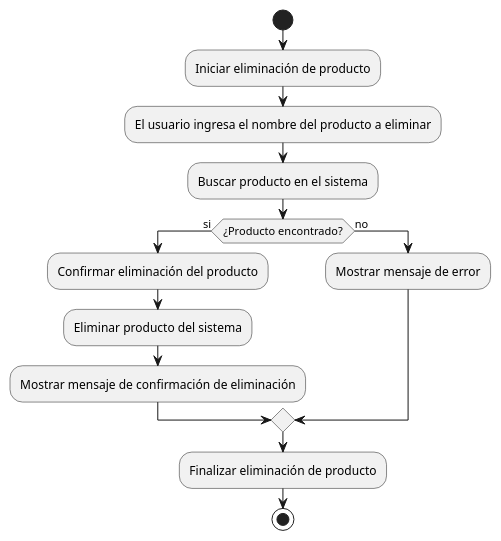
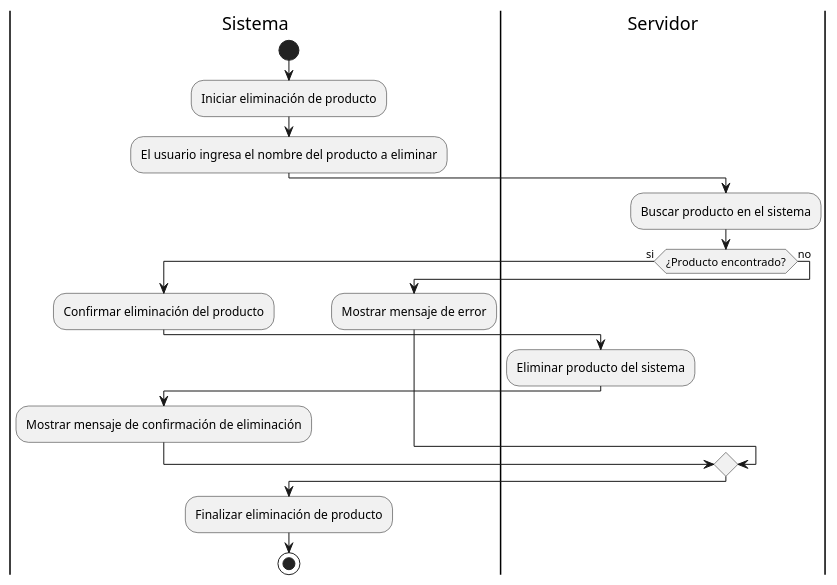
Before and after one commit to PabloCoti/apuntes_url: the diagram in Análisis y Diseño/Proyectos/Proyecto final/Diagramas/Casos de uso/Eliminar producto.wsd, drawn with PlantUML. The commit also changed 19 other files, not shown here.

```diff
--- a/Análisis y Diseño/Proyectos/Proyecto final/Diagramas/Casos de uso/Eliminar producto.wsd
+++ b/Análisis y Diseño/Proyectos/Proyecto final/Diagramas/Casos de uso/Eliminar producto.wsd
@@ -1,17 +1,22 @@
 @startuml Eliminar producto
 
+|Sistema|
 start
 :Iniciar eliminación de producto;
 :El usuario ingresa el nombre del producto a eliminar;
+|Servidor|
 :Buscar producto en el sistema;
 if (¿Producto encontrado?) then (si)
+    |Sistema|
     :Confirmar eliminación del producto;
+    |Servidor|
     :Eliminar producto del sistema;
+    |Sistema|
     :Mostrar mensaje de confirmación de eliminación;
 else (no)
     :Mostrar mensaje de error;
 endif
 :Finalizar eliminación de producto;
 stop
 
 @enduml
```
